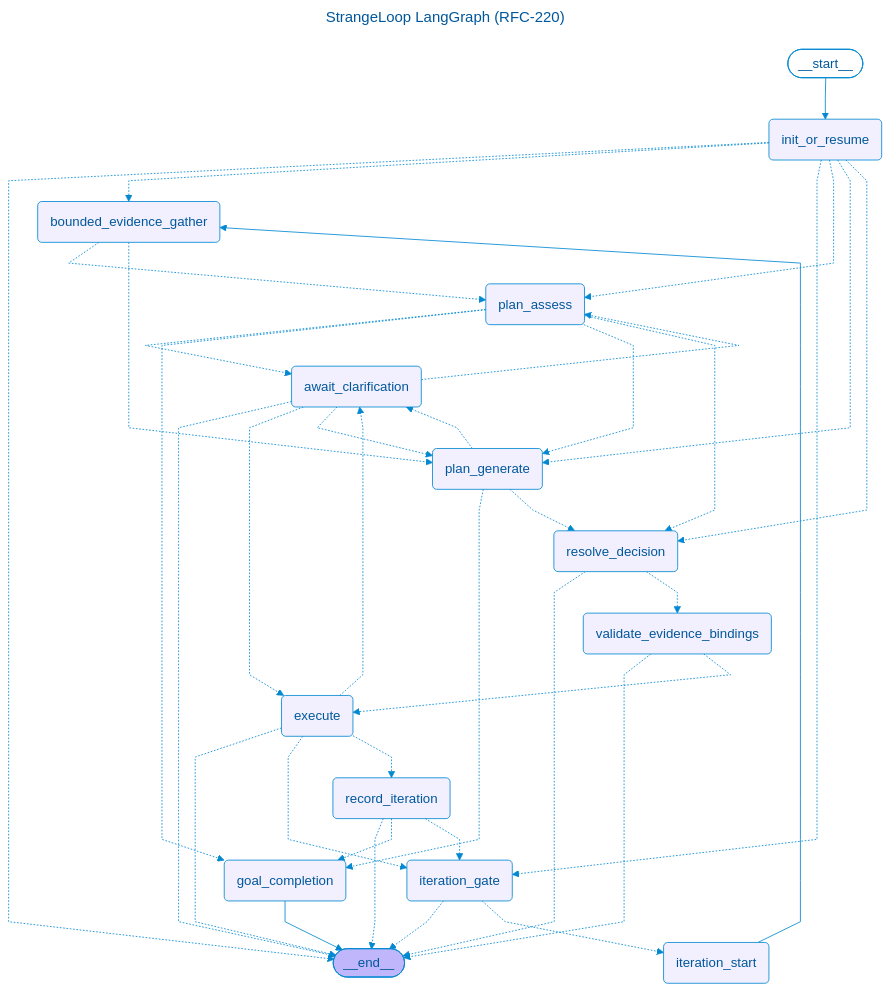
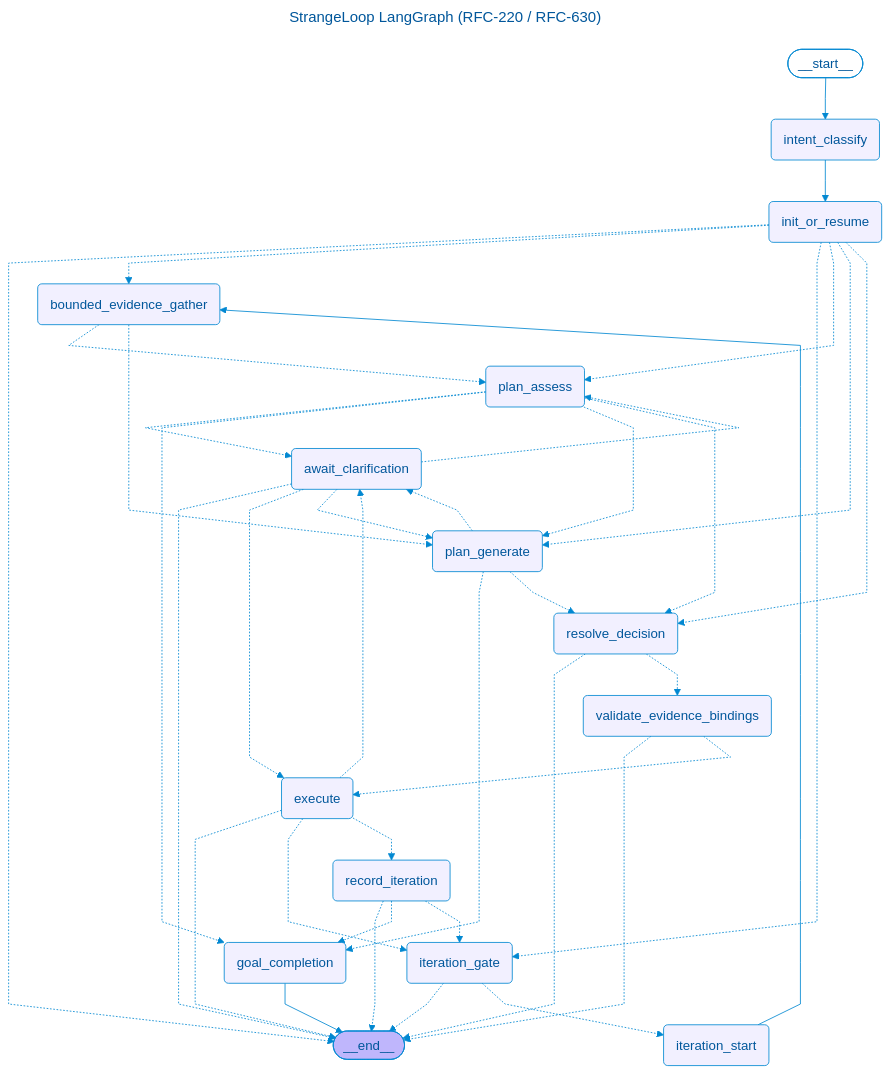
One commit to OpenSoothe/soothe changed the diagram in docs/diagrams/strange_loop_graph.mmd. Above: the diagram before and after it, drawn with Mermaid. The commit also changed 13 other files, not shown here.

```diff
--- a/docs/diagrams/strange_loop_graph.mmd
+++ b/docs/diagrams/strange_loop_graph.mmd
@@ -1,67 +1,69 @@
 ---
-title: StrangeLoop LangGraph (RFC-220)
+title: StrangeLoop LangGraph (RFC-220 / RFC-630)
 config:
   flowchart:
     curve: linear
   theme: base
   themeVariables:
     primaryColor: "#e1f5fe"
     primaryTextColor: "#01579b"
     primaryBorderColor: "#0288d1"
     lineColor: "#0288d1"
     secondaryColor: "#fff3e0"
     tertiaryColor: "#f3e5f5"
 ---
 graph TD;
 	__start__([<p>__start__</p>]):::first
+	intent_classify(intent_classify)
 	init_or_resume(init_or_resume)
 	iteration_gate(iteration_gate)
 	iteration_start(iteration_start)
 	bounded_evidence_gather(bounded_evidence_gather)
 	plan_assess(plan_assess)
 	plan_generate(plan_generate)
 	goal_completion(goal_completion)
 	resolve_decision(resolve_decision)
 	validate_evidence_bindings(validate_evidence_bindings)
 	execute(execute)
 	record_iteration(record_iteration)
 	await_clarification(await_clarification)
 	__end__([<p>__end__</p>]):::last
-	__start__ --> init_or_resume;
+	__start__ --> intent_classify;
 	await_clarification -.-> __end__;
 	await_clarification -.-> execute;
 	await_clarification -.-> plan_assess;
 	await_clarification -.-> plan_generate;
 	bounded_evidence_gather -.-> plan_assess;
 	bounded_evidence_gather -.-> plan_generate;
 	execute -.-> __end__;
 	execute -.-> await_clarification;
 	execute -.-> iteration_gate;
 	execute -.-> record_iteration;
 	init_or_resume -.-> __end__;
 	init_or_resume -.-> bounded_evidence_gather;
 	init_or_resume -.-> iteration_gate;
 	init_or_resume -.-> plan_assess;
 	init_or_resume -.-> plan_generate;
 	init_or_resume -.-> resolve_decision;
+	intent_classify --> init_or_resume;
 	iteration_gate -.-> __end__;
 	iteration_gate -.-> iteration_start;
 	iteration_start --> bounded_evidence_gather;
 	plan_assess -.-> await_clarification;
 	plan_assess -.-> goal_completion;
 	plan_assess -.-> plan_generate;
 	plan_assess -.-> resolve_decision;
 	plan_generate -.-> await_clarification;
 	plan_generate -.-> goal_completion;
 	plan_generate -.-> resolve_decision;
 	record_iteration -.-> __end__;
 	record_iteration -.-> goal_completion;
 	record_iteration -.-> iteration_gate;
 	resolve_decision -.-> __end__;
 	resolve_decision -.-> validate_evidence_bindings;
 	validate_evidence_bindings -.-> __end__;
 	validate_evidence_bindings -.-> execute;
 	goal_completion --> __end__;
 	classDef default fill:#f2f0ff,line-height:1.2
 	classDef first fill-opacity:0
 	classDef last fill:#bfb6fc
```
